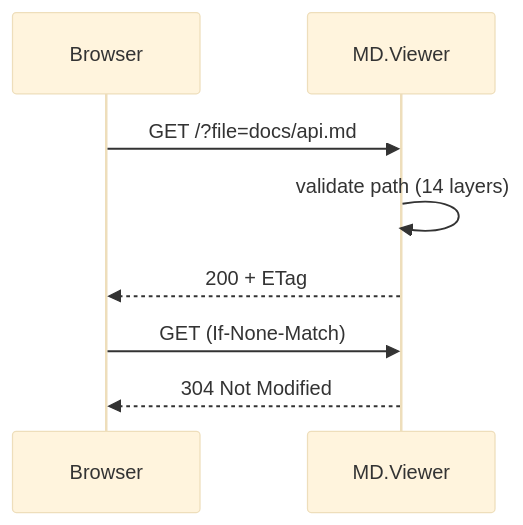
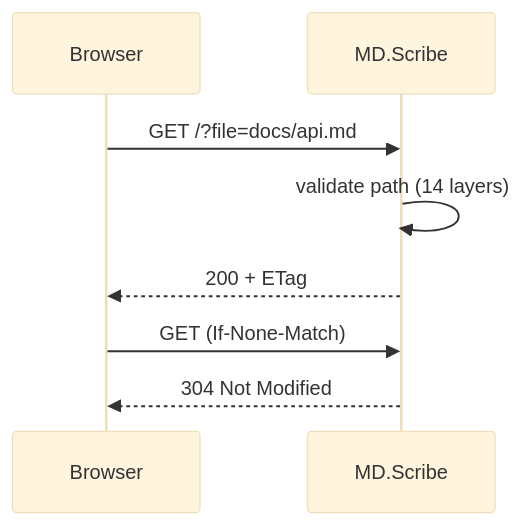
One commit to paulmann/MD.Scribe changed the second of 2 diagrams in content/index.md. Above: the diagram before and after it, drawn with Mermaid (base theme). The commit also changed other lines of this file and 56 other files, not shown here.

````diff
--- a/content/index.md
+++ b/content/index.md
@@ -131,10 +131,10 @@
 ```mermaid
 sequenceDiagram
     participant B as Browser
-    participant S as MD.Viewer
+    participant S as MD.Scribe
     B->>S: GET /?file=docs/api.md
     S->>S: validate path (14 layers)
     S-->>B: 200 + ETag
     B->>S: GET (If-None-Match)
     S-->>B: 304 Not Modified
 ```
````
